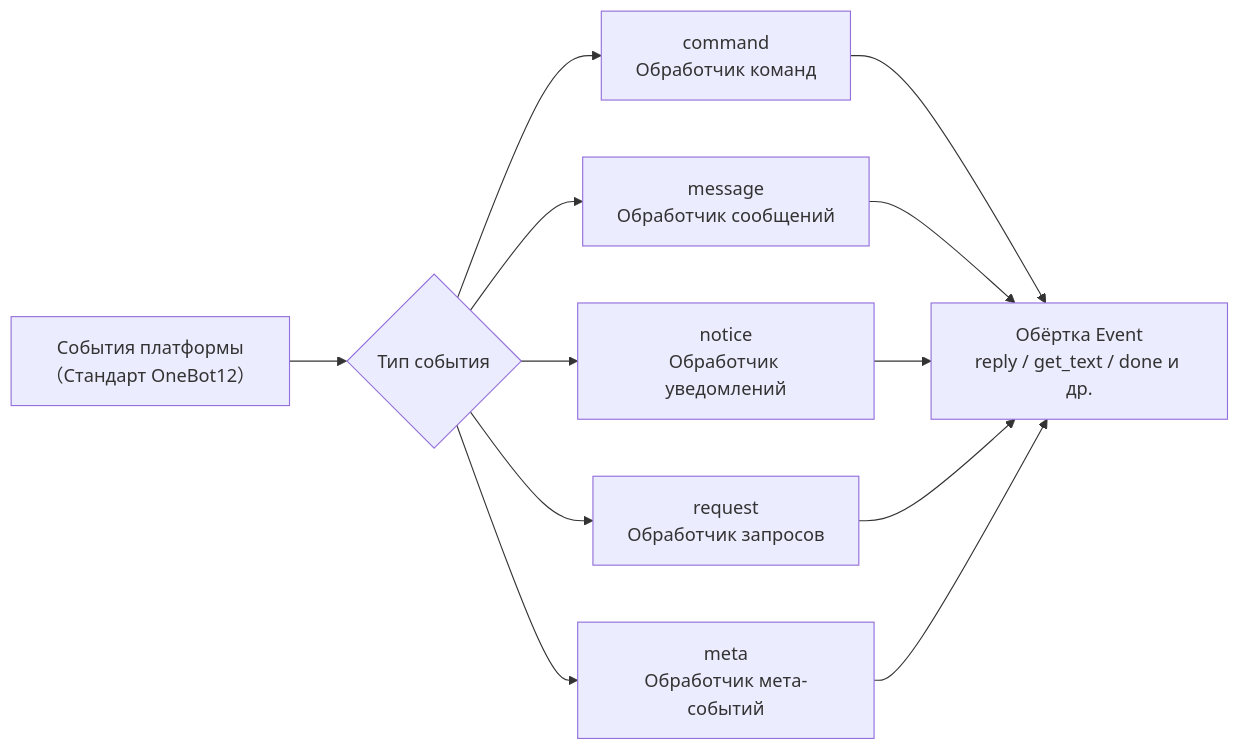
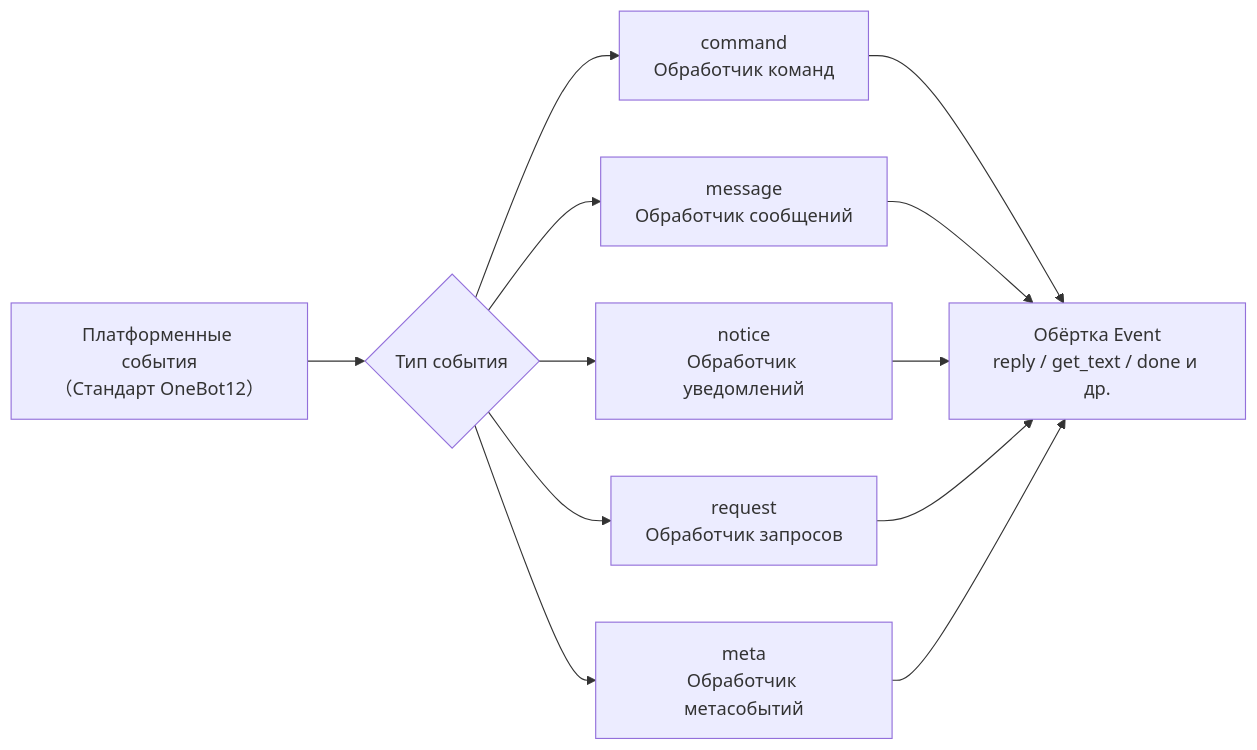
Before and after one commit to ErisPulse/ErisPulse: the diagram in docs/ru/api-reference/event-system.md, drawn with Mermaid. The commit also changed other lines of this file and 828 other files, not shown here.

````diff
--- a/docs/ru/api-reference/event-system.md
+++ b/docs/ru/api-reference/event-system.md
@@ -7,10 +10,10 @@
 ```mermaid
 flowchart LR
-    A["События платформы<br/>（Стандарт OneBot12）"] --> B{"Тип события"}
+    A["Платформенные события<br/>（Стандарт OneBot12）"] --> B{"Тип события"}
     B --> C["command<br/>Обработчик команд"]
     B --> D["message<br/>Обработчик сообщений"]
     B --> E["notice<br/>Обработчик уведомлений"]
     B --> F["request<br/>Обработчик запросов"]
-    B --> G["meta<br/>Обработчик мета-событий"]
+    B --> G["meta<br/>Обработчик метасобытий"]
     C & D & E & F & G --> H["Обёртка Event<br/>reply / get_text / done и др."]
 ```
````
